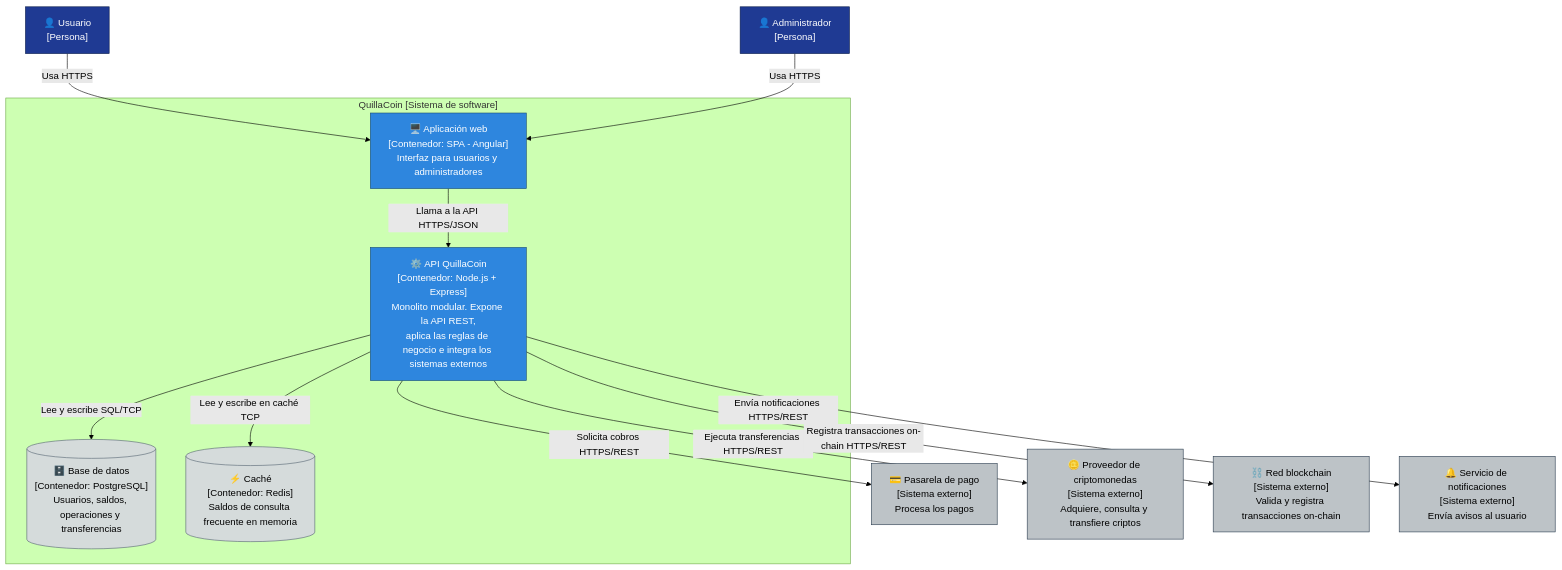
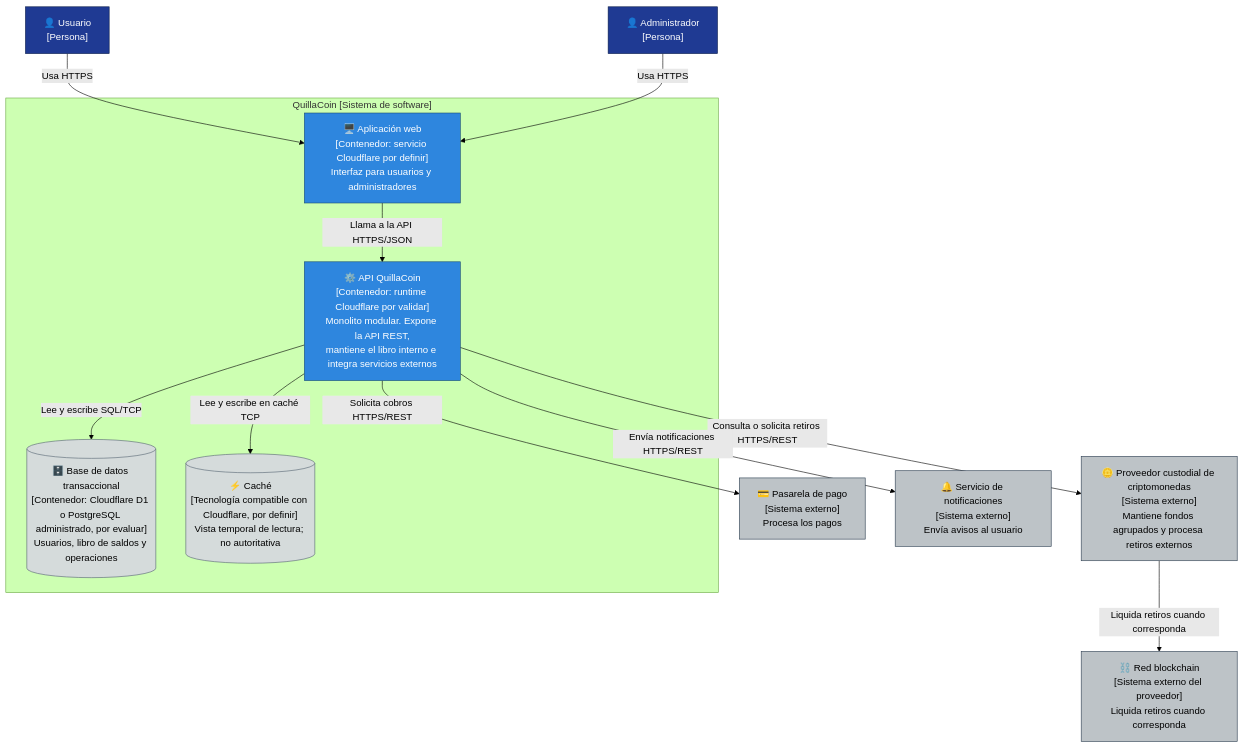
The diagram in docs/04-modelo-c4/Nivel2-DiagramadeContenedores.md (B3L70N/Flexcoin-arquitSoft-02-Jordy-Huaman), drawn with Mermaid (forest theme) before and after one commit. The commit also changed other lines of this file and 20 other files, not shown here.

````diff
--- a/docs/04-modelo-c4/Nivel2-DiagramadeContenedores.md
+++ b/docs/04-modelo-c4/Nivel2-DiagramadeContenedores.md
@@ -24,41 +24,41 @@
 ```mermaid
 flowchart TB
     Usuario["👤 Usuario<br/>[Persona]"]
     Admin["👤 Administrador<br/>[Persona]"]
 
     subgraph QuillaCoin ["QuillaCoin [Sistema de software]"]
-        WebApp["🖥️ Aplicación web<br/>[Contenedor: SPA - Angular]<br/>Interfaz para usuarios y administradores"]
-        API["⚙️ API QuillaCoin<br/>[Contenedor: Node.js + Express]<br/>Monolito modular. Expone la API REST,<br/>aplica las reglas de negocio e integra los sistemas externos"]
-        DB[("🗄️ Base de datos<br/>[Contenedor: PostgreSQL]<br/>Usuarios, saldos, operaciones y transferencias")]
-        Cache[("⚡ Caché<br/>[Contenedor: Redis]<br/>Saldos de consulta frecuente en memoria")]
+        WebApp["🖥️ Aplicación web<br/>[Contenedor: servicio Cloudflare por definir]<br/>Interfaz para usuarios y administradores"]
+        API["⚙️ API QuillaCoin<br/>[Contenedor: runtime Cloudflare por validar]<br/>Monolito modular. Expone la API REST,<br/>mantiene el libro interno e integra servicios externos"]
+        DB[("🗄️ Base de datos transaccional<br/>[Contenedor: Cloudflare D1 o PostgreSQL administrado, por evaluar]<br/>Usuarios, libro de saldos y operaciones")]
+        Cache[("⚡ Caché<br/>[Tecnología compatible con Cloudflare, por definir]<br/>Vista temporal de lectura; no autoritativa")]
     end
 
     Pasarela["💳 Pasarela de pago<br/>[Sistema externo]<br/>Procesa los pagos"]
-    Proveedor["🪙 Proveedor de criptomonedas<br/>[Sistema externo]<br/>Adquiere, consulta y transfiere criptos"]
-    Blockchain["⛓️ Red blockchain<br/>[Sistema externo]<br/>Valida y registra transacciones on-chain"]
+    Proveedor["🪙 Proveedor custodial de criptomonedas<br/>[Sistema externo]<br/>Mantiene fondos agrupados y procesa retiros externos"]
+    Blockchain["⛓️ Red blockchain<br/>[Sistema externo del proveedor]<br/>Liquida retiros cuando corresponda"]
     Notif["🔔 Servicio de notificaciones<br/>[Sistema externo]<br/>Envía avisos al usuario"]
 
     Usuario -->|Usa HTTPS| WebApp
     Admin -->|Usa HTTPS| WebApp
 
     WebApp -->|Llama a la API HTTPS/JSON| API
 
     API -->|Lee y escribe SQL/TCP| DB
     API -->|Lee y escribe en caché TCP| Cache
 
     API -->|Solicita cobros HTTPS/REST| Pasarela
-    API -->|Ejecuta transferencias HTTPS/REST| Proveedor
-    API -->|Registra transacciones on-chain HTTPS/REST| Blockchain
+    API -->|Consulta o solicita retiros HTTPS/REST| Proveedor
+    Proveedor -->|Liquida retiros cuando corresponda| Blockchain
     API -->|Envía notificaciones HTTPS/REST| Notif
 
     style Usuario fill:#1f3a93,stroke:#0d1e4c,color:#ffffff
     style Admin fill:#1f3a93,stroke:#0d1e4c,color:#ffffff
     style WebApp fill:#2e86de,stroke:#1b4f72,color:#ffffff
     style API fill:#2e86de,stroke:#1b4f72,color:#ffffff
     style DB fill:#d5dbdb,stroke:#566573,color:#000000
     style Cache fill:#d5dbdb,stroke:#566573,color:#000000
     style Pasarela fill:#bdc3c7,stroke:#2c3e50,color:#000000
     style Proveedor fill:#bdc3c7,stroke:#2c3e50,color:#000000
     style Blockchain fill:#bdc3c7,stroke:#2c3e50,color:#000000
     style Notif fill:#bdc3c7,stroke:#2c3e50,color:#000000
 ```
````
